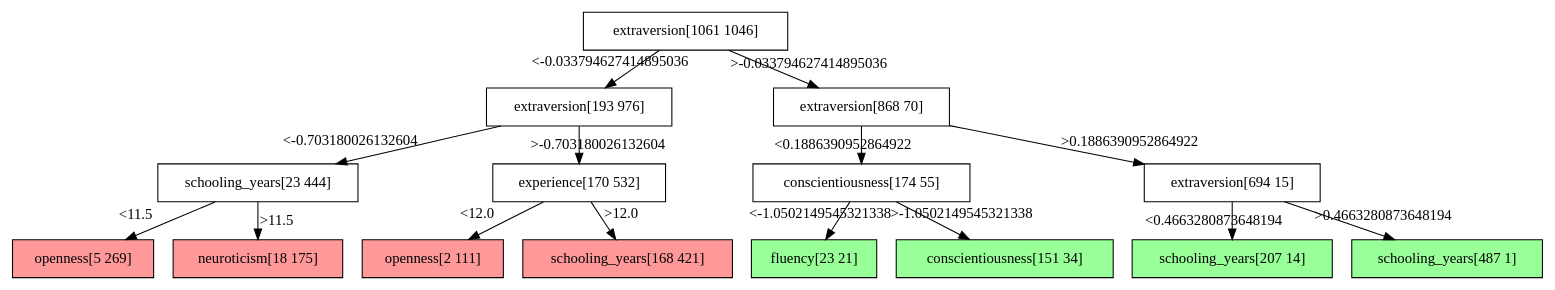
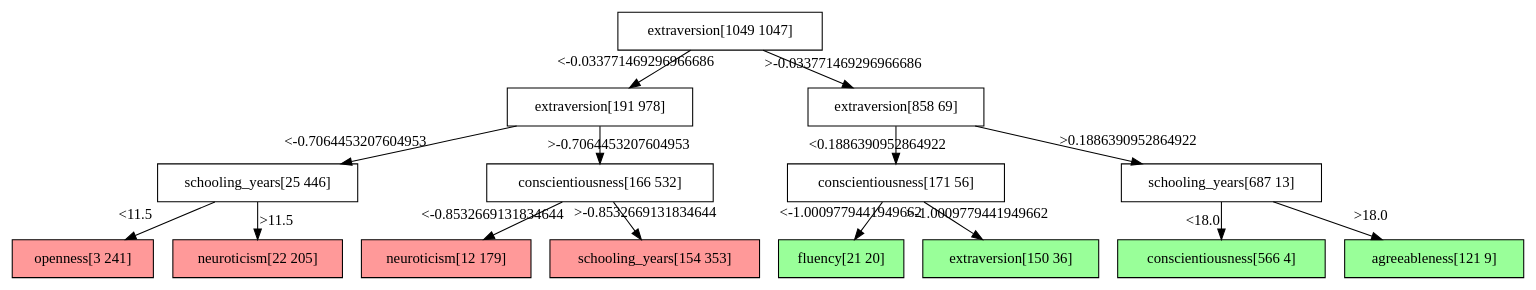
Before and after one commit to Poojabl26/Programming-Project: the diagram in skills_and_wages/bld/out/analysis/decision_tree.dot, drawn with Graphviz. The commit also changed 23 other files, not shown here.

```diff
--- a/skills_and_wages/bld/out/analysis/decision_tree.dot
+++ b/skills_and_wages/bld/out/analysis/decision_tree.dot
@@ -1,32 +1,32 @@
 digraph Tree {
 node [shape=box, style="filled", color="black"] ;
-0 [ label="extraversion[1061 1046]" , fillcolor="#ffffff"] ;
-1 [ label="extraversion[193 976]" , fillcolor="#ffffff"] ;
-0->1 [labeldistance=2.5, labelangle=45, headlabel="<-0.033794627414895036"] ;
-3 [ label="schooling_years[23 444]" , fillcolor="#ffffff"] ;
-1->3 [labeldistance=2.5, labelangle=45, headlabel="<-0.703180026132604"] ;
-5 [ label="openness[5 269]" , fillcolor="#ff9999"] ;
+0 [ label="extraversion[1049 1047]" , fillcolor="#ffffff"] ;
+1 [ label="extraversion[191 978]" , fillcolor="#ffffff"] ;
+0->1 [labeldistance=2.5, labelangle=45, headlabel="<-0.033771469296966686"] ;
+3 [ label="schooling_years[25 446]" , fillcolor="#ffffff"] ;
+1->3 [labeldistance=2.5, labelangle=45, headlabel="<-0.7064453207604953"] ;
+5 [ label="openness[3 241]" , fillcolor="#ff9999"] ;
 3->5 [labeldistance=2.5, labelangle=45, headlabel="<11.5"] ;
-6 [ label="neuroticism[18 175]" , fillcolor="#ff9999"] ;
+6 [ label="neuroticism[22 205]" , fillcolor="#ff9999"] ;
 3->6 [labeldistance=2.5, labelangle=-45, headlabel=">11.5"] ;
-4 [ label="experience[170 532]" , fillcolor="#ffffff"] ;
-1->4 [labeldistance=2.5, labelangle=-45, headlabel=">-0.703180026132604"] ;
-7 [ label="openness[2 111]" , fillcolor="#ff9999"] ;
-4->7 [labeldistance=2.5, labelangle=45, headlabel="<12.0"] ;
-8 [ label="schooling_years[168 421]" , fillcolor="#ff9999"] ;
-4->8 [labeldistance=2.5, labelangle=-45, headlabel=">12.0"] ;
-2 [ label="extraversion[868 70]" , fillcolor="#ffffff"] ;
-0->2 [labeldistance=2.5, labelangle=-45, headlabel=">-0.033794627414895036"] ;
-9 [ label="conscientiousness[174 55]" , fillcolor="#ffffff"] ;
+4 [ label="conscientiousness[166 532]" , fillcolor="#ffffff"] ;
+1->4 [labeldistance=2.5, labelangle=-45, headlabel=">-0.7064453207604953"] ;
+7 [ label="neuroticism[12 179]" , fillcolor="#ff9999"] ;
+4->7 [labeldistance=2.5, labelangle=45, headlabel="<-0.8532669131834644"] ;
+8 [ label="schooling_years[154 353]" , fillcolor="#ff9999"] ;
+4->8 [labeldistance=2.5, labelangle=-45, headlabel=">-0.8532669131834644"] ;
+2 [ label="extraversion[858 69]" , fillcolor="#ffffff"] ;
+0->2 [labeldistance=2.5, labelangle=-45, headlabel=">-0.033771469296966686"] ;
+9 [ label="conscientiousness[171 56]" , fillcolor="#ffffff"] ;
 2->9 [labeldistance=2.5, labelangle=45, headlabel="<0.1886390952864922"] ;
-11 [ label="fluency[23 21]" , fillcolor="#99ff99"] ;
-9->11 [labeldistance=2.5, labelangle=45, headlabel="<-1.0502149545321338"] ;
-12 [ label="conscientiousness[151 34]" , fillcolor="#99ff99"] ;
-9->12 [labeldistance=2.5, labelangle=-45, headlabel=">-1.0502149545321338"] ;
-10 [ label="extraversion[694 15]" , fillcolor="#ffffff"] ;
+11 [ label="fluency[21 20]" , fillcolor="#99ff99"] ;
+9->11 [labeldistance=2.5, labelangle=45, headlabel="<-1.0009779441949662"] ;
+12 [ label="extraversion[150 36]" , fillcolor="#99ff99"] ;
+9->12 [labeldistance=2.5, labelangle=-45, headlabel=">-1.0009779441949662"] ;
+10 [ label="schooling_years[687 13]" , fillcolor="#ffffff"] ;
 2->10 [labeldistance=2.5, labelangle=-45, headlabel=">0.1886390952864922"] ;
-13 [ label="schooling_years[207 14]" , fillcolor="#99ff99"] ;
-10->13 [labeldistance=2.5, labelangle=45, headlabel="<0.4663280873648194"] ;
-14 [ label="schooling_years[487 1]" , fillcolor="#99ff99"] ;
-10->14 [labeldistance=2.5, labelangle=-45, headlabel=">0.4663280873648194"] ;
+13 [ label="conscientiousness[566 4]" , fillcolor="#99ff99"] ;
+10->13 [labeldistance=2.5, labelangle=45, headlabel="<18.0"] ;
+14 [ label="agreeableness[121 9]" , fillcolor="#99ff99"] ;
+10->14 [labeldistance=2.5, labelangle=-45, headlabel=">18.0"] ;
 }
```
